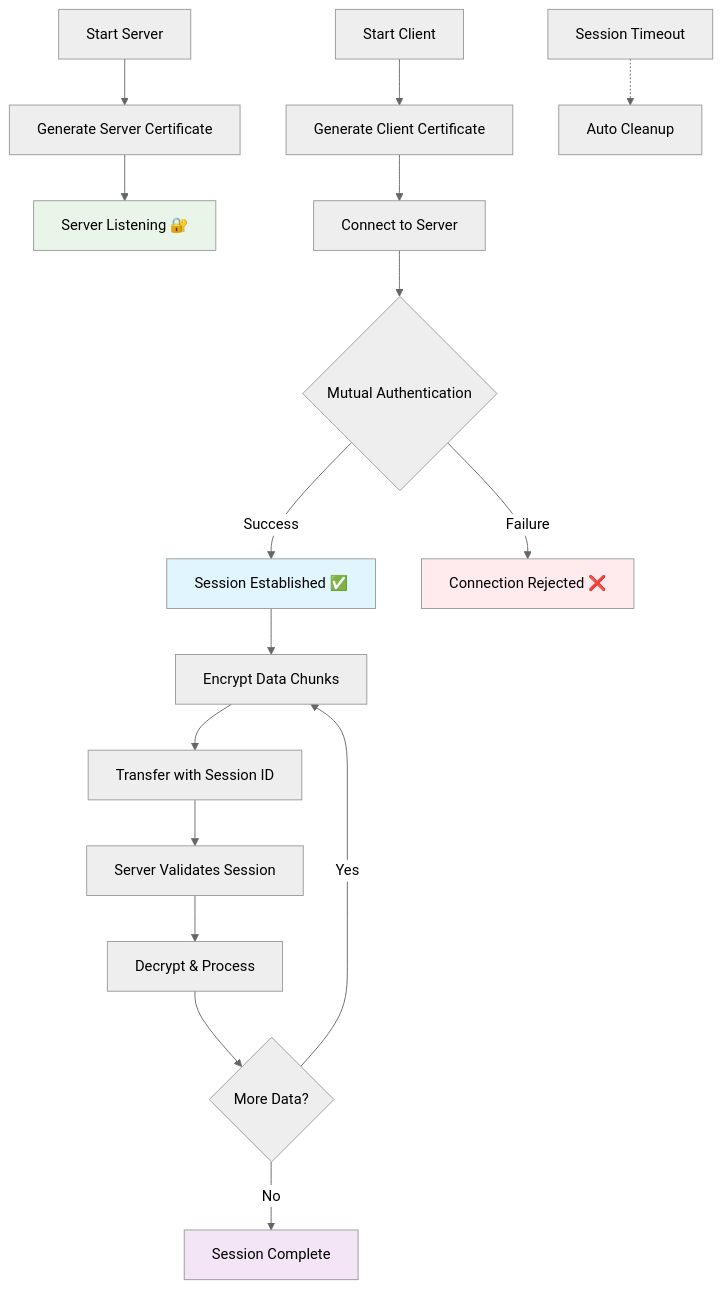
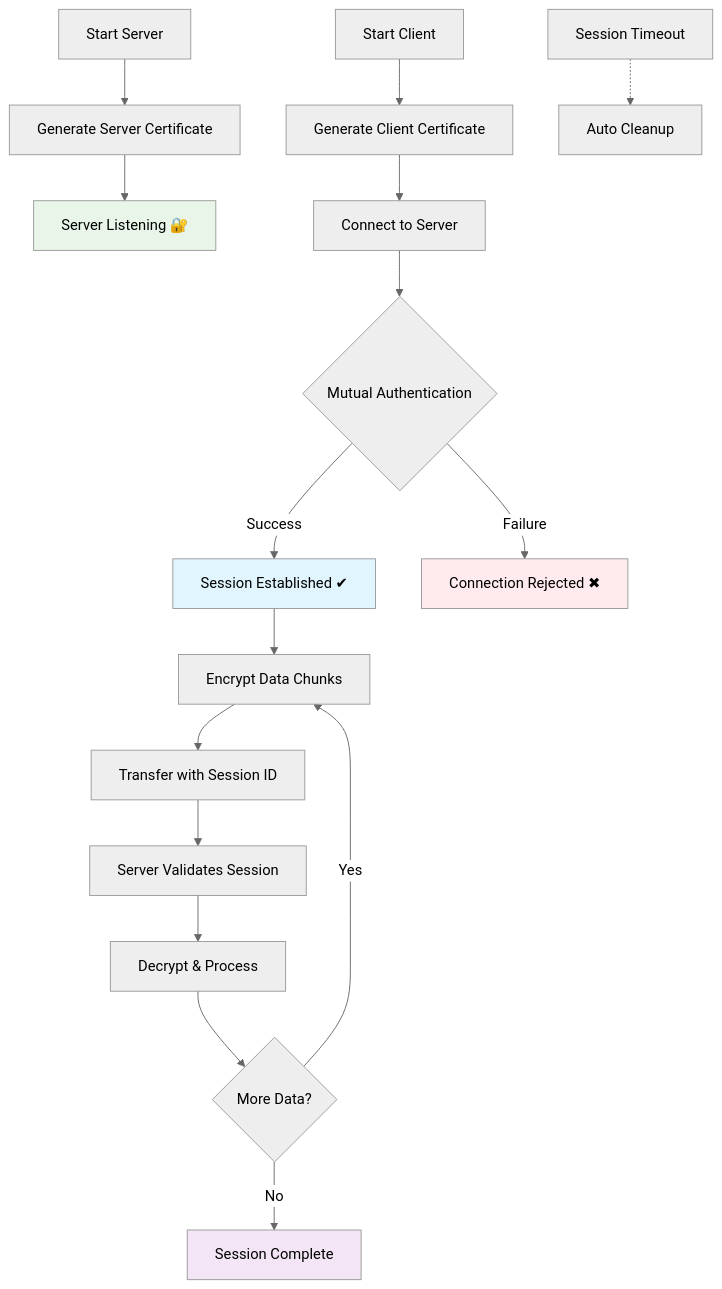
The first of 2 diagrams in EXAMPLES.md (TrustEdge-Labs/trustedge), drawn with Mermaid (neutral theme) before and after one commit. The commit also changed other lines of this file and 3 other files, not shown here.

````diff
--- a/EXAMPLES.md
+++ b/EXAMPLES.md
@@ -29,28 +29,28 @@
 ```mermaid
 flowchart TD
     A[Start Server] --> B[Generate Server Certificate]
     B --> C[Server Listening 🔐]
     
     D[Start Client] --> E[Generate Client Certificate]
     E --> F[Connect to Server]
     
     F --> G{Mutual Authentication}
-    G -->|Success| H[Session Established ✅]
-    G -->|Failure| I[Connection Rejected ❌]
+    G -->|Success| H[Session Established ✔]
+    G -->|Failure| I[Connection Rejected ✖]
     
     H --> J[Encrypt Data Chunks]
     J --> K[Transfer with Session ID]
     K --> L[Server Validates Session]
     L --> M[Decrypt & Process]
     
     M --> N{More Data?}
     N -->|Yes| J
     N -->|No| O[Session Complete]
     
     P[Session Timeout] -.-> Q[Auto Cleanup]
     
     style C fill:#e8f5e8
     style H fill:#e1f5fe
     style I fill:#ffebee
     style O fill:#f3e5f5
 ```
````
